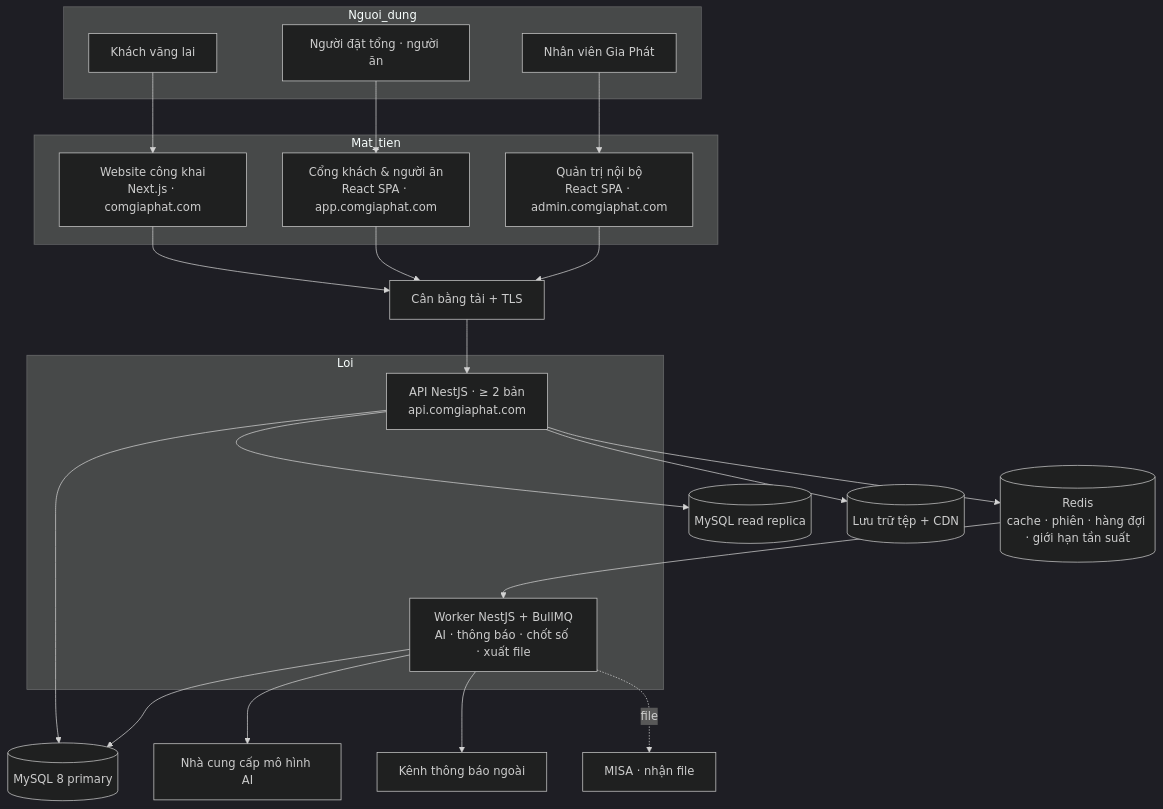
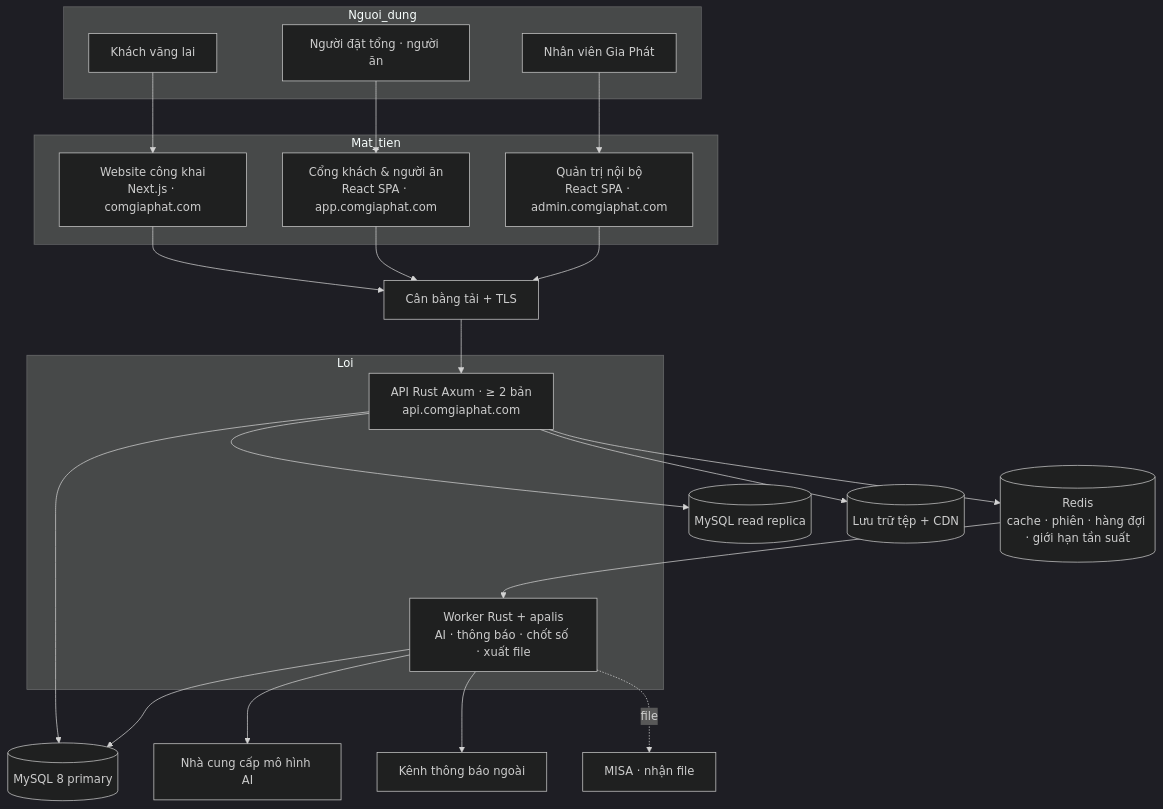
The first of 2 diagrams in docs/nen-tang/srs/spec.md (18lonely/Gia_Phat_Catering), drawn with Mermaid (dark theme) before and after one commit. The commit also changed other lines of this file and 118 other files, not shown here.

First line of the commit message:
docs: đổi backend sang Rust/Axum, thêm kiến trúc hệ thống và AI agent

````diff
--- a/docs/nen-tang/srs/spec.md
+++ b/docs/nen-tang/srs/spec.md
@@ -67,42 +68,42 @@
 ```mermaid
 flowchart TB
   subgraph Nguoi_dung
     U1[Khách vãng lai]
     U2[Người đặt tổng · người ăn]
     U3[Nhân viên Gia Phát]
   end
   subgraph Mat_tien
     W1[Website công khai<br/>Next.js · comgiaphat.com]
     W2[Cổng khách & người ăn<br/>React SPA · app.comgiaphat.com]
     W3[Quản trị nội bộ<br/>React SPA · admin.comgiaphat.com]
   end
   LB[Cân bằng tải + TLS]
   subgraph Loi
-    API[API NestJS · ≥ 2 bản<br/>api.comgiaphat.com]
-    WK[Worker NestJS + BullMQ<br/>AI · thông báo · chốt số · xuất file]
+    API[API Rust Axum · ≥ 2 bản<br/>api.comgiaphat.com]
+    WK[Worker Rust + apalis<br/>AI · thông báo · chốt số · xuất file]
   end
   DB[(MySQL 8 primary)]
   RR[(MySQL read replica)]
   RD[(Redis<br/>cache · phiên · hàng đợi · giới hạn tần suất)]
   S3[(Lưu trữ tệp + CDN)]
   LLM[Nhà cung cấp mô hình AI]
   NTF[Kênh thông báo ngoài]
   MISA[MISA · nhận file]
 
   U1 --> W1
   U2 --> W2
   U3 --> W3
   W1 --> LB
   W2 --> LB
   W3 --> LB
   LB --> API
   API --> DB
   API --> RR
   API --> RD
   API --> S3
   RD --> WK
   WK --> DB
   WK --> LLM
   WK --> NTF
   WK -.file.-> MISA
 ```
````
